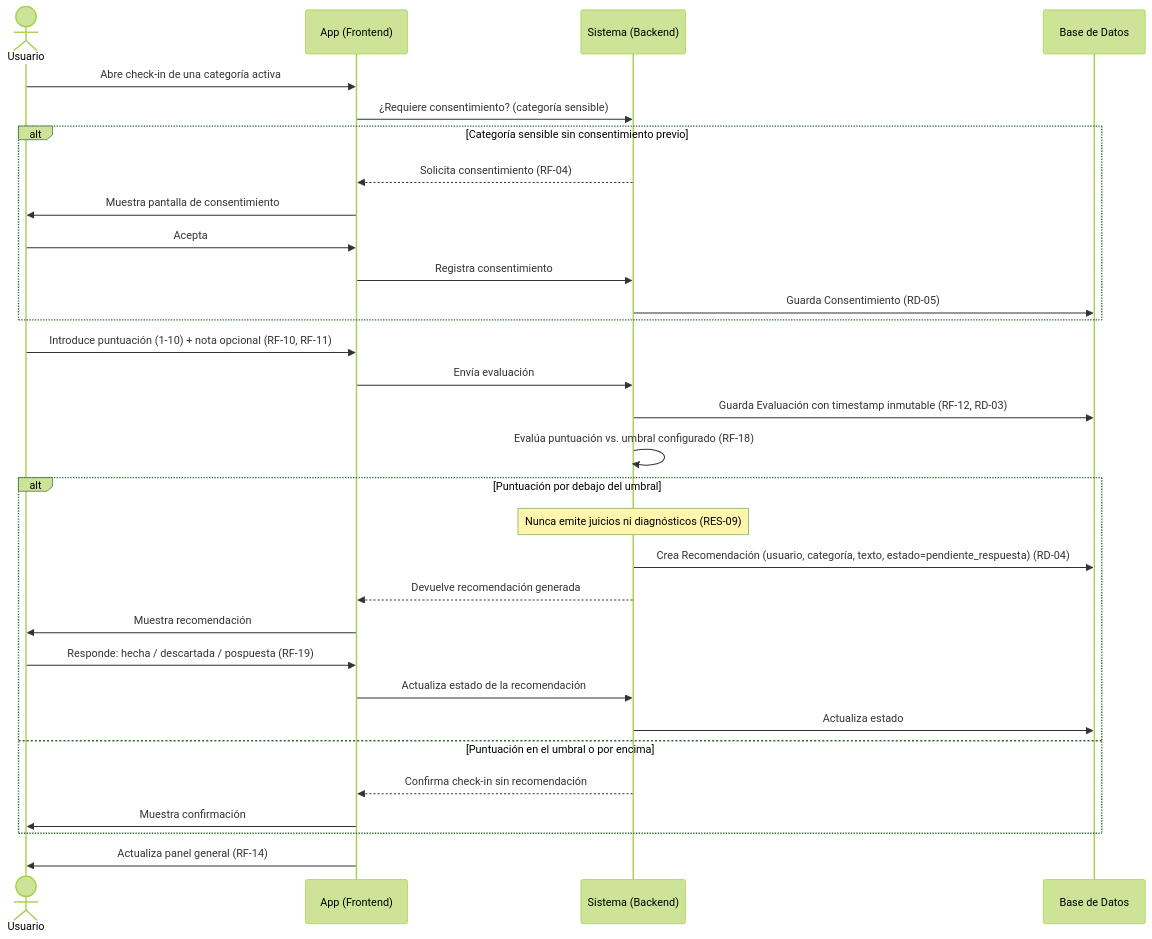
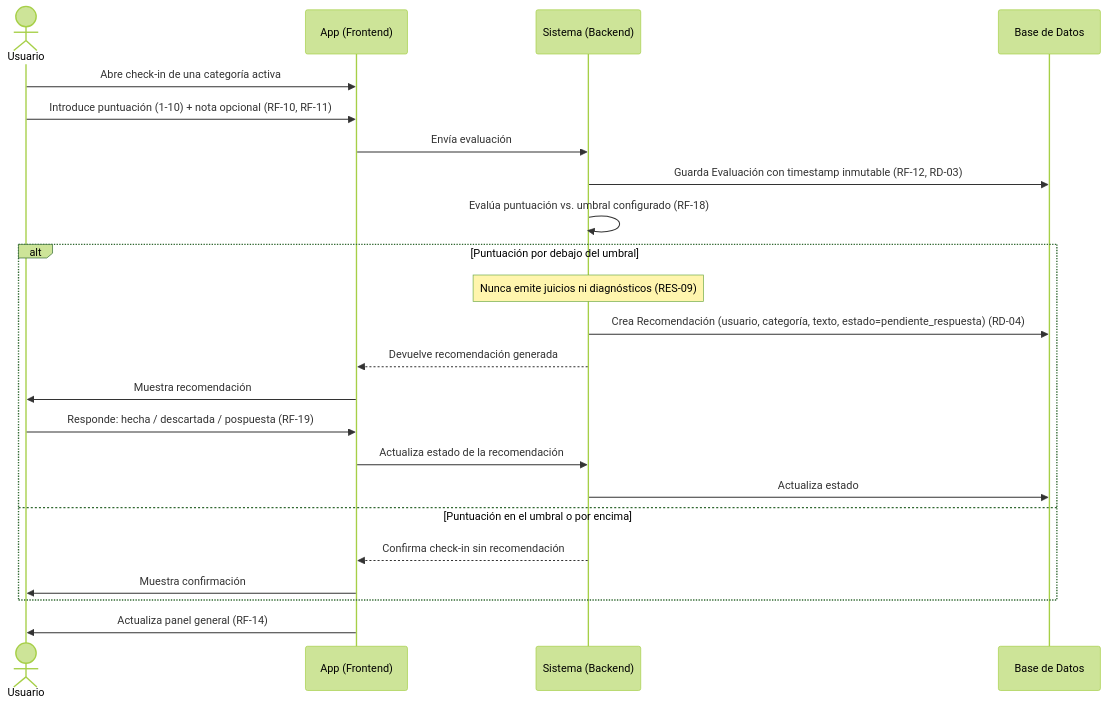
One commit to MACruzDeveloper/my-life-mirror changed the diagram in docs/requirements-analysis/06_Diagrama_Secuencia_CheckIn.md. Above: the diagram before and after it, drawn with Mermaid (forest theme). The commit also changed other lines of this file and 16 other files, not shown here.

Commit message:
initial analysis, requirements, architecture, backlog

````diff
--- a/docs/requirements-analysis/06_Diagrama_Secuencia_CheckIn.md
+++ b/docs/requirements-analysis/06_Diagrama_Secuencia_CheckIn.md
@@ -13,38 +15,28 @@
 ```mermaid
 sequenceDiagram
     actor Usuario
     participant App as App (Frontend)
     participant Sistema as Sistema (Backend)
     participant BD as Base de Datos
 
     Usuario->>App: Abre check-in de una categoría activa
-    App->>Sistema: ¿Requiere consentimiento? (categoría sensible)
-
-    alt Categoría sensible sin consentimiento previo
-        Sistema-->>App: Solicita consentimiento (RF-04)
-        App->>Usuario: Muestra pantalla de consentimiento
-        Usuario->>App: Acepta
-        App->>Sistema: Registra consentimiento
-        Sistema->>BD: Guarda Consentimiento (RD-05)
-    end
-
     Usuario->>App: Introduce puntuación (1-10) + nota opcional (RF-10, RF-11)
     App->>Sistema: Envía evaluación
     Sistema->>BD: Guarda Evaluación con timestamp inmutable (RF-12, RD-03)
     Sistema->>Sistema: Evalúa puntuación vs. umbral configurado (RF-18)
 
     alt Puntuación por debajo del umbral
         Note over Sistema: Nunca emite juicios ni diagnósticos (RES-09)
         Sistema->>BD: Crea Recomendación (usuario, categoría, texto, estado=pendiente_respuesta) (RD-04)
         Sistema-->>App: Devuelve recomendación generada
         App->>Usuario: Muestra recomendación
         Usuario->>App: Responde: hecha / descartada / pospuesta (RF-19)
         App->>Sistema: Actualiza estado de la recomendación
         Sistema->>BD: Actualiza estado
     else Puntuación en el umbral o por encima
         Sistema-->>App: Confirma check-in sin recomendación
         App->>Usuario: Muestra confirmación
     end
 
     App->>Usuario: Actualiza panel general (RF-14)
 ```
````
